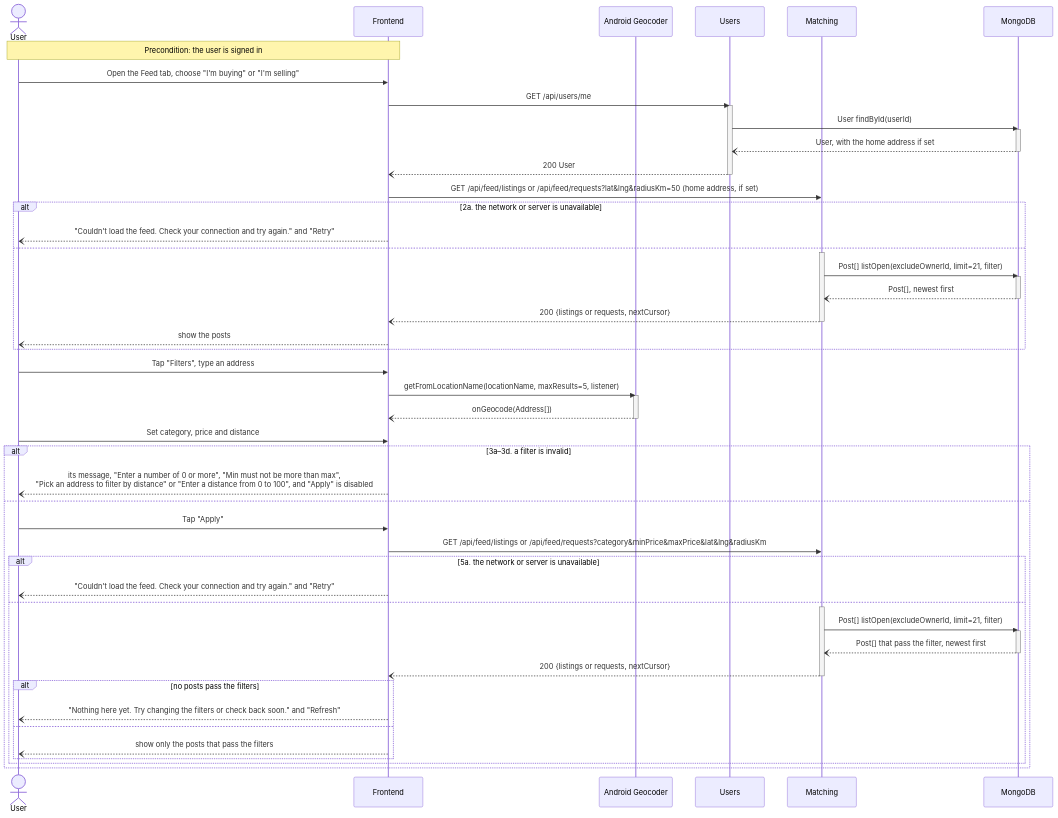
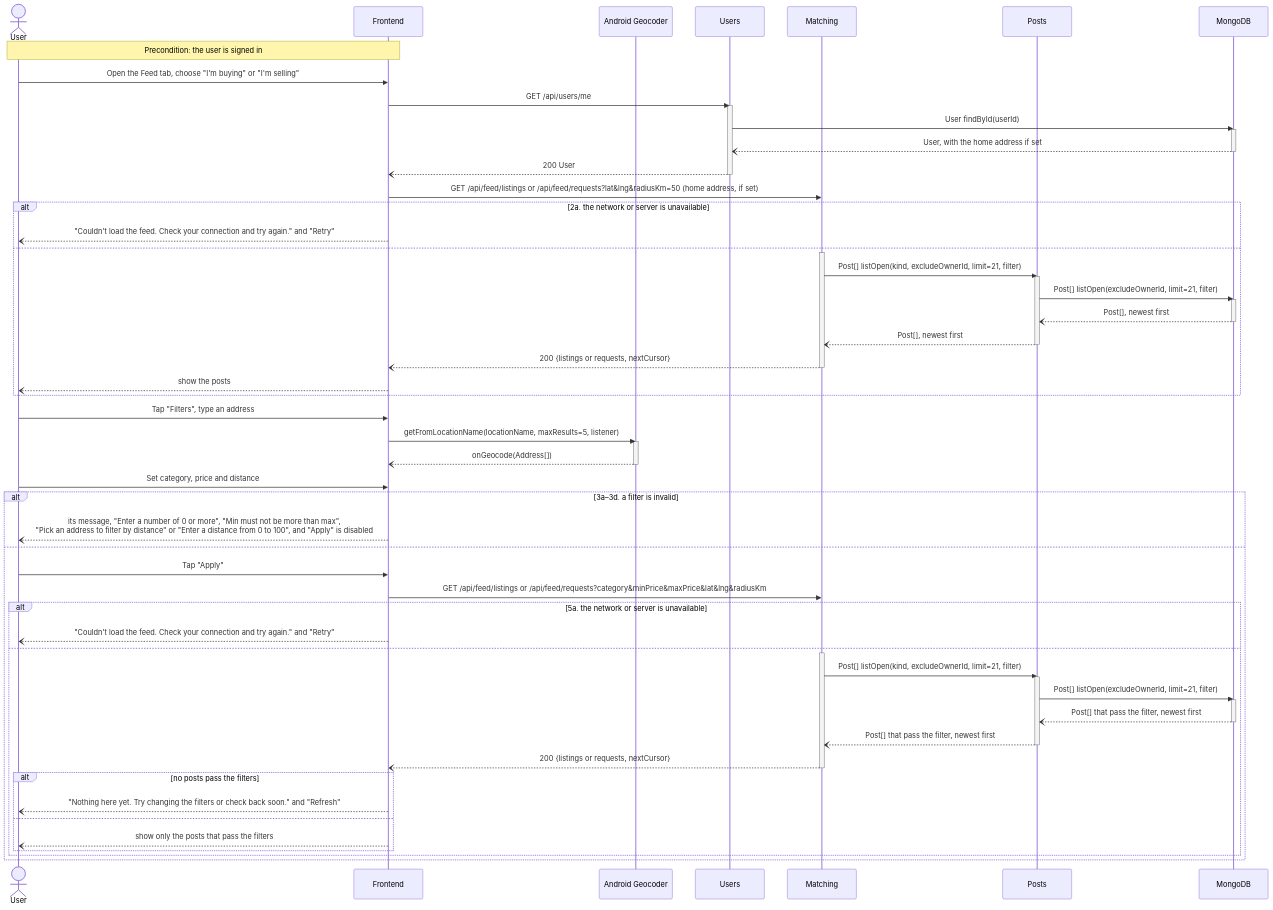
Before and after one commit to m1lun/MatchMarket: the sixth of 6 diagrams in documentation/Requirements_and_Design.md, drawn with Mermaid. The commit also changed other lines of this file and 43 other files, not shown here.

````diff
--- a/documentation/Requirements_and_Design.md
+++ b/documentation/Requirements_and_Design.md
@@ -940,60 +991,69 @@
 ```mermaid
 sequenceDiagram
     actor U as User
     participant FE as Frontend
     participant GEO as Android Geocoder
     participant UA as Users
     participant M as Matching
+    participant P as Posts
     participant DB as MongoDB
     Note over U,FE: Precondition: the user is signed in
     U->>FE: Open the Feed tab, choose "I'm buying" or "I'm selling"
     FE->>UA: GET /api/users/me
     activate UA
     UA->>DB: User findById(userId)
     activate DB
     DB--)UA: User, with the home address if set
     deactivate DB
     UA--)FE: 200 User
     deactivate UA
     FE->>M: GET /api/feed/listings or /api/feed/requests?lat&lng&radiusKm=50 (home address, if set)
     alt 2a. the network or server is unavailable
         FE--)U: "Couldn't load the feed. Check your connection and try again." and "Retry"
     else
         activate M
-        M->>DB: Post[] listOpen(excludeOwnerId, limit=21, filter)
+        M->>P: Post[] listOpen(kind, excludeOwnerId, limit=21, filter)
+        activate P
+        P->>DB: Post[] listOpen(excludeOwnerId, limit=21, filter)
         activate DB
-        DB--)M: Post[], newest first
+        DB--)P: Post[], newest first
         deactivate DB
+        P--)M: Post[], newest first
+        deactivate P
         M--)FE: 200 {listings or requests, nextCursor}
         deactivate M
         FE--)U: show the posts
     end
     U->>FE: Tap "Filters", type an address
     FE->>GEO: getFromLocationName(locationName, maxResults=5, listener)
     activate GEO
     GEO--)FE: onGeocode(Address[])
     deactivate GEO
     U->>FE: Set category, price and distance
     alt 3a–3d. a filter is invalid
         FE--)U: its message, "Enter a number of 0 or more", "Min must not be more than max",<br/>"Pick an address to filter by distance" or "Enter a distance from 0 to 100", and "Apply" is disabled
     else
         U->>FE: Tap "Apply"
         FE->>M: GET /api/feed/listings or /api/feed/requests?category&minPrice&maxPrice&lat&lng&radiusKm
         alt 5a. the network or server is unavailable
             FE--)U: "Couldn't load the feed. Check your connection and try again." and "Retry"
         else
             activate M
-            M->>DB: Post[] listOpen(excludeOwnerId, limit=21, filter)
+            M->>P: Post[] listOpen(kind, excludeOwnerId, limit=21, filter)
+            activate P
+            P->>DB: Post[] listOpen(excludeOwnerId, limit=21, filter)
             activate DB
-            DB--)M: Post[] that pass the filter, newest first
+            DB--)P: Post[] that pass the filter, newest first
             deactivate DB
+            P--)M: Post[] that pass the filter, newest first
+            deactivate P
             M--)FE: 200 {listings or requests, nextCursor}
             deactivate M
             alt no posts pass the filters
                 FE--)U: "Nothing here yet. Try changing the filters or check back soon." and "Refresh"
             else
                 FE--)U: show only the posts that pass the filters
             end
         end
     end
 ```
````
